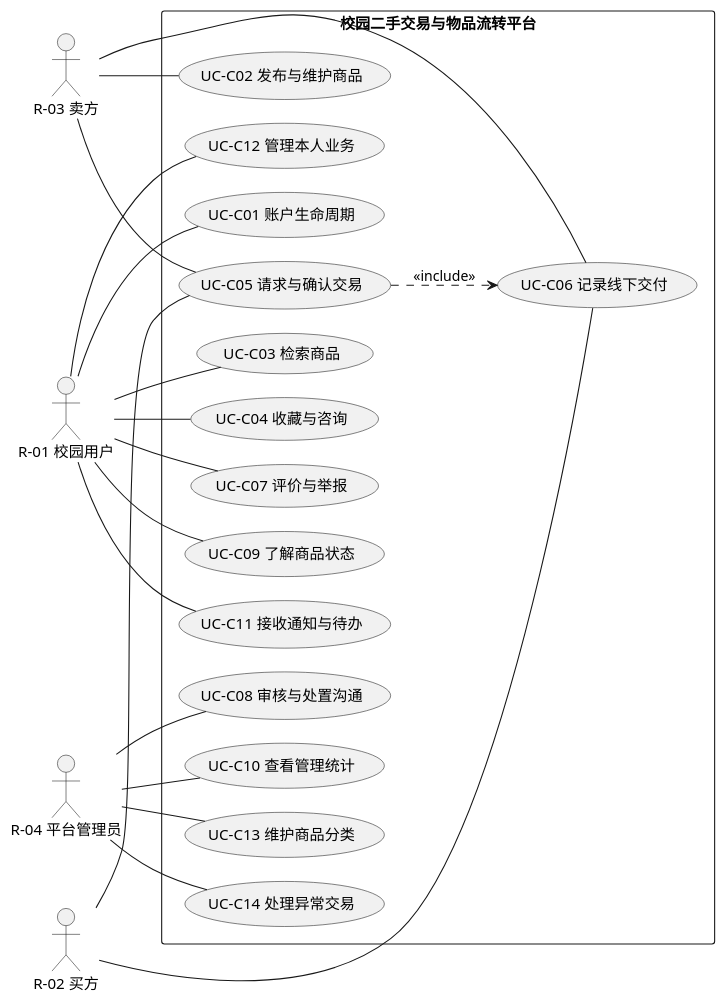
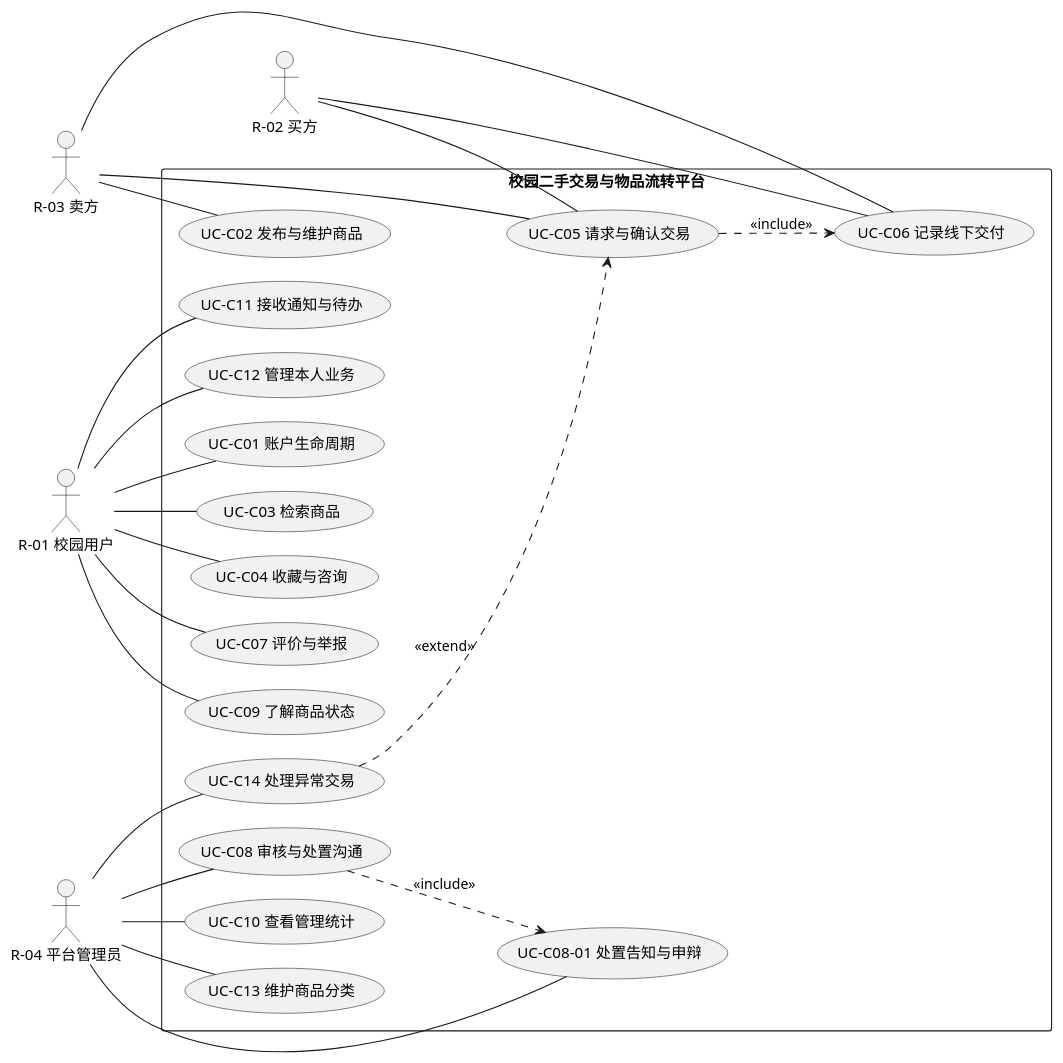
The diagram in docs/models/UC-01-系统用例图.puml (iy88/se-course-project-1), drawn with PlantUML before and after one commit. The commit also changed other lines of this file and 7 other files, not shown here.

First line of the commit message:
docs: 补充子用例分解与子用例图，用例图加入包含/扩展关系

```diff
--- a/docs/models/UC-01-系统用例图.puml
+++ b/docs/models/UC-01-系统用例图.puml
@@ -7,50 +7,54 @@
 @startuml
 left to right direction
 skinparam defaultFontName "Microsoft YaHei"
 skinparam shadowing false
 skinparam packageStyle rectangle
 skinparam nodesep 22
 skinparam ranksep 40
 skinparam defaultTextAlignment center
 
 actor "R-01 校园用户" as A1
 actor "R-02 买方" as A2
 actor "R-03 卖方" as A3
 actor "R-04 平台管理员" as A4
 
 rectangle "校园二手交易与物品流转平台" {
   usecase "UC-C01 账户生命周期" as UC01
   usecase "UC-C03 检索商品" as UC03
   usecase "UC-C04 收藏与咨询" as UC04
   usecase "UC-C07 评价与举报" as UC07
   usecase "UC-C09 了解商品状态" as UC09
   usecase "UC-C11 接收通知与待办" as UC11
   usecase "UC-C12 管理本人业务" as UC12
   usecase "UC-C02 发布与维护商品" as UC02
   usecase "UC-C05 请求与确认交易" as UC05
   usecase "UC-C06 记录线下交付" as UC06
   usecase "UC-C08 审核与处置沟通" as UC08
+  usecase "UC-C08-01 处置告知与申辩" as UC0801
   usecase "UC-C10 查看管理统计" as UC10
   usecase "UC-C13 维护商品分类" as UC13
   usecase "UC-C14 处理异常交易" as UC14
 }
 
 A1 -- UC01
 A1 -- UC03
 A1 -- UC04
 A1 -- UC07
 A1 -- UC09
 A1 -- UC11
 A1 -- UC12
 A2 -- UC05
 A2 -- UC06
 A3 -- UC02
 A3 -- UC05
 A3 -- UC06
 A4 -- UC08
+A4 -- UC0801
 A4 -- UC10
 A4 -- UC13
 A4 -- UC14
 
 UC05 ..> UC06 : <<include>>
+UC08 ..> UC0801 : <<include>>
+UC14 ..> UC05 : <<extend>>
 @enduml
```
